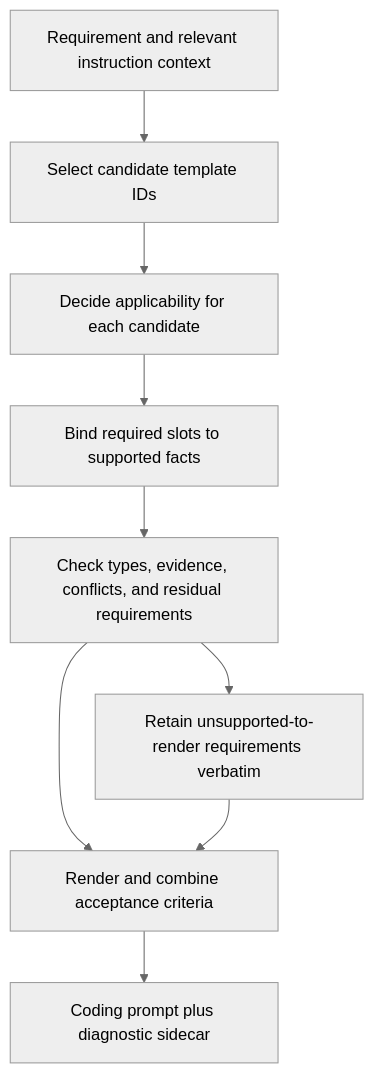
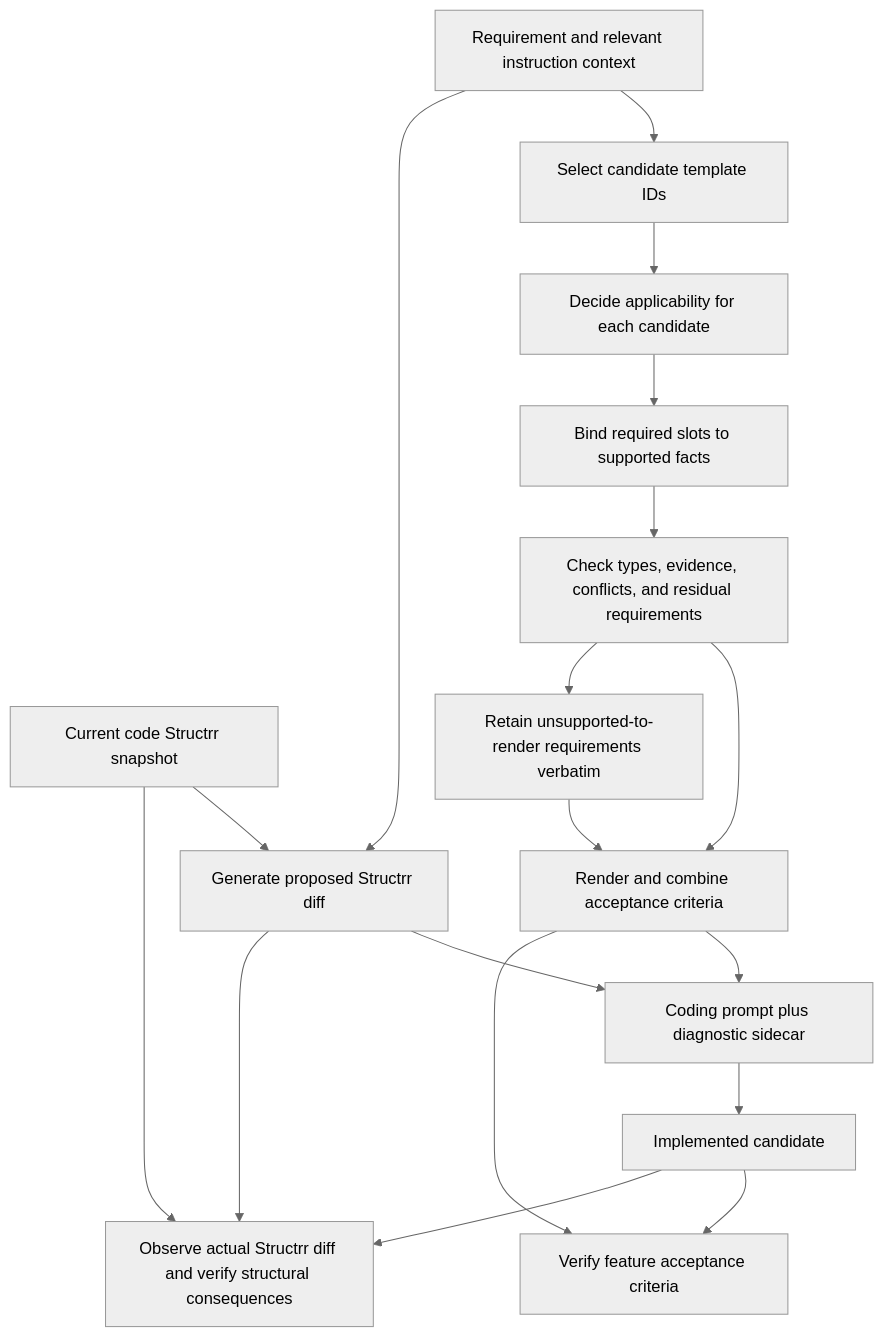
The diagram in docs/plans/acceptance-criteria-template-catalog-proposal.md (powdrr-io/powdrr-lift), drawn with Mermaid (neutral theme) before and after one commit. The commit also changed other lines of this file, not shown here.

Commit message:
Separate feature criteria from baseline-dependent Structrr changes

````diff
--- a/docs/plans/acceptance-criteria-template-catalog-proposal.md
+++ b/docs/plans/acceptance-criteria-template-catalog-proposal.md
@@ -918,11 +943,20 @@
 ```mermaid
 flowchart TD
     R[Requirement and relevant instruction context] --> C[Select candidate template IDs]
+    R --> S[Generate proposed Structrr diff]
+    B0[Current code Structrr snapshot] --> S
     C --> A[Decide applicability for each candidate]
     A --> B[Bind required slots to supported facts]
     B --> V[Check types, evidence, conflicts, and residual requirements]
     V --> P[Render and combine acceptance criteria]
     V --> F[Retain unsupported-to-render requirements verbatim]
     F --> P
     P --> O[Coding prompt plus diagnostic sidecar]
+    S --> O
+    O --> I[Implemented candidate]
+    I --> BV[Verify feature acceptance criteria]
+    P --> BV
+    I --> SV[Observe actual Structrr diff and verify structural consequences]
+    B0 --> SV
+    S --> SV
 ```
````
